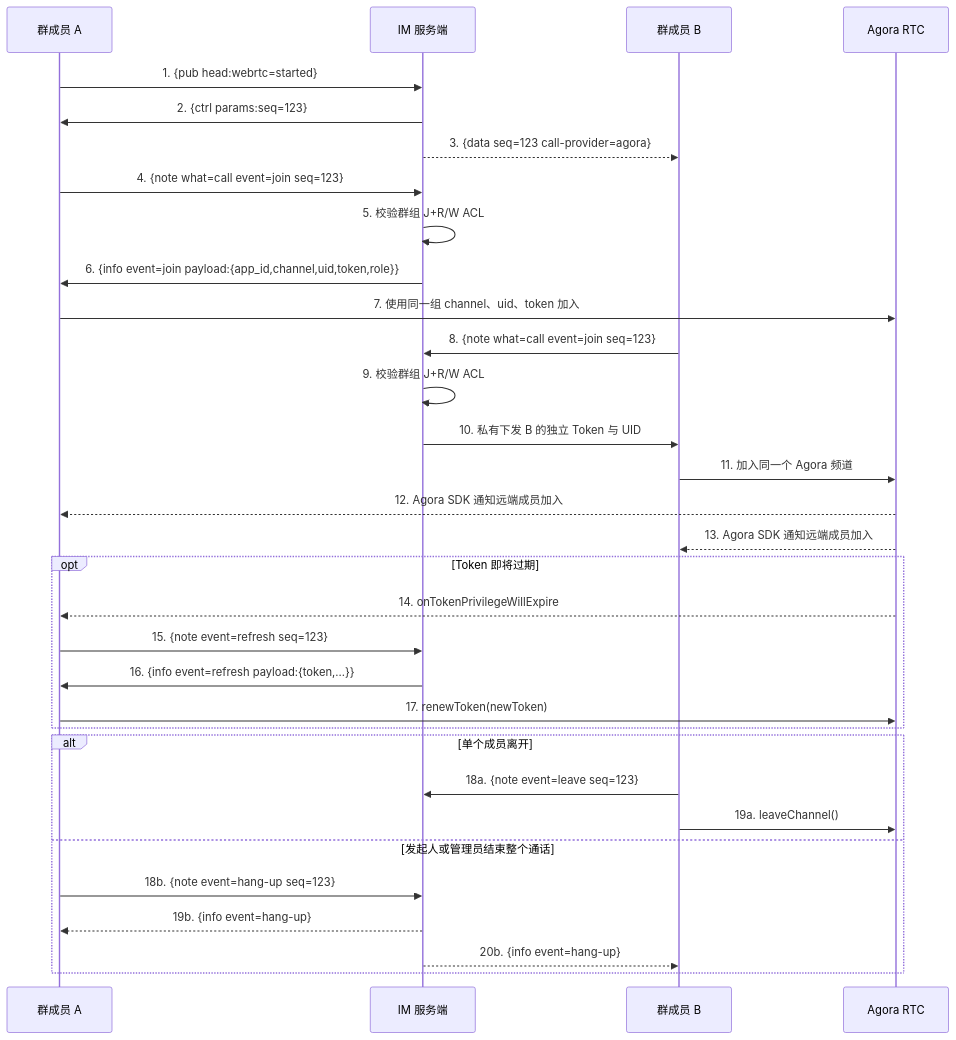
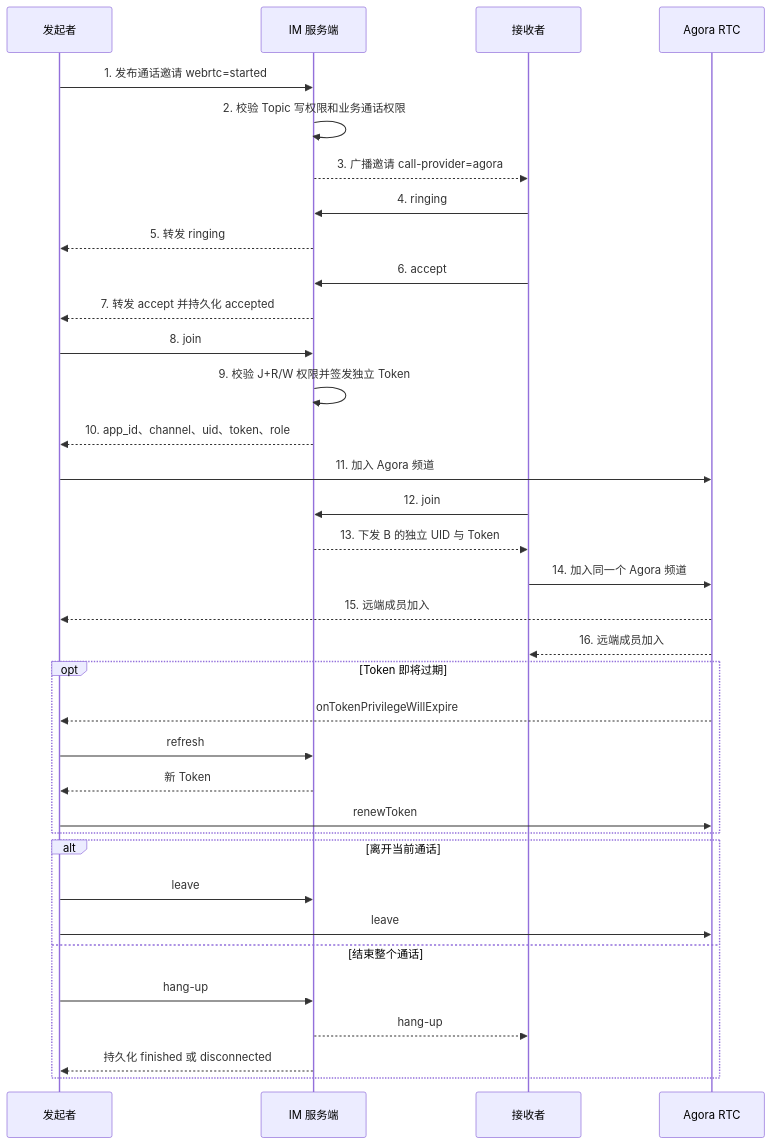
The diagram in docs/call-establishment.md (wildfires02/server-chat), drawn with Mermaid before and after one commit. The commit also changed other lines of this file and 72 other files, not shown here.

````diff
--- a/docs/call-establishment.md
+++ b/docs/call-establishment.md
@@ -120,40 +14,42 @@
 ```mermaid
 sequenceDiagram
-    participant A as 群成员 A
+    participant A as 发起者
     participant S as IM 服务端
-    participant B as 群成员 B
+    participant B as 接收者
     participant R as Agora RTC
 
-    A->>S: 1. {pub head:webrtc=started}
-    S->>A: 2. {ctrl params:seq=123}
-    S-->>B: 3. {data seq=123 call-provider=agora}
+    A->>S: 1. 发布通话邀请 webrtc=started
+    S->>S: 2. 校验 Topic 写权限和业务通话权限
+    S-->>B: 3. 广播邀请 call-provider=agora
+    B->>S: 4. ringing
+    S-->>A: 5. 转发 ringing
+    B->>S: 6. accept
+    S-->>A: 7. 转发 accept 并持久化 accepted
 
-    A->>S: 4. {note what=call event=join seq=123}
-    S->>S: 5. 校验群组 J+R/W ACL
-    S->>A: 6. {info event=join payload:{app_id,channel,uid,token,role}}
-    A->>R: 7. 使用同一组 channel、uid、token 加入
+    A->>S: 8. join
+    S->>S: 9. 校验 J+R/W 权限并签发独立 Token
+    S-->>A: 10. app_id、channel、uid、token、role
+    A->>R: 11. 加入 Agora 频道
 
-    B->>S: 8. {note what=call event=join seq=123}
-    S->>S: 9. 校验群组 J+R/W ACL
-    S->>B: 10. 私有下发 B 的独立 Token 与 UID
-    B->>R: 11. 加入同一个 Agora 频道
-
-    R-->>A: 12. Agora SDK 通知远端成员加入
-    R-->>B: 13. Agora SDK 通知远端成员加入
+    B->>S: 12. join
+    S-->>B: 13. 下发 B 的独立 UID 与 Token
+    B->>R: 14. 加入同一个 Agora 频道
+    R-->>A: 15. 远端成员加入
+    R-->>B: 16. 远端成员加入
 
     opt Token 即将过期
-        R-->>A: 14. onTokenPrivilegeWillExpire
-        A->>S: 15. {note event=refresh seq=123}
-        S->>A: 16. {info event=refresh payload:{token,...}}
-        A->>R: 17. renewToken(newToken)
+        R-->>A: onTokenPrivilegeWillExpire
+        A->>S: refresh
+        S-->>A: 新 Token
+        A->>R: renewToken
     end
 
-    alt 单个成员离开
-        B->>S: 18a. {note event=leave seq=123}
-        B->>R: 19a. leaveChannel()
-    else 发起人或管理员结束整个通话
-        A->>S: 18b. {note event=hang-up seq=123}
-        S-->>A: 19b. {info event=hang-up}
-        S-->>B: 20b. {info event=hang-up}
+    alt 离开当前通话
+        A->>S: leave
+        A->>R: leave
+    else 结束整个通话
+        A->>S: hang-up
+        S-->>B: hang-up
+        S-->>A: 持久化 finished 或 disconnected
     end
 ```
````
